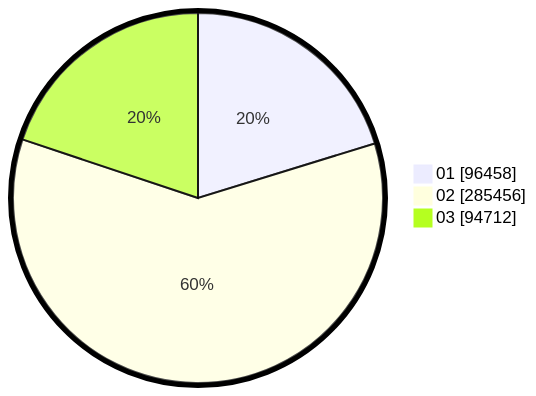
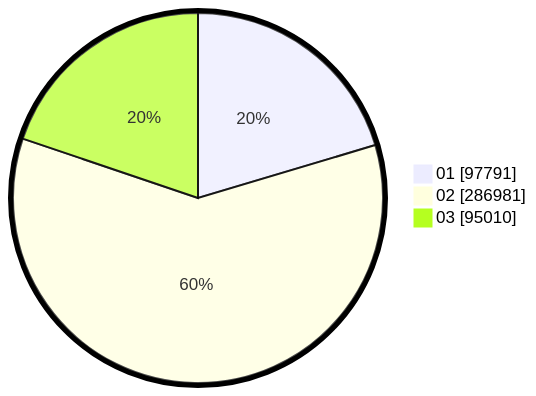
One commit to gigit-pemilu/pemilu-2024 changed the second of 2 diagrams in pilpres/hitung-suara/sub/table-wilayah-99.md. Above: the diagram before and after it, drawn with Mermaid. The commit also changed other lines of this file and 12 other files, not shown here.

````diff
--- a/pilpres/hitung-suara/sub/table-wilayah-99.md
+++ b/pilpres/hitung-suara/sub/table-wilayah-99.md
@@ -15,7 +15,7 @@
 ```mermaid
 %%{init: {"pie": {"textPosition": 0.5}, "themeVariables": {"pieOuterStrokeWidth": "5px"}} }%%
 pie showData
-    "01" : 96458
-    "02" : 285456
-    "03" : 94712
+    "01" : 97791
+    "02" : 286981
+    "03" : 95010
 ```
````
